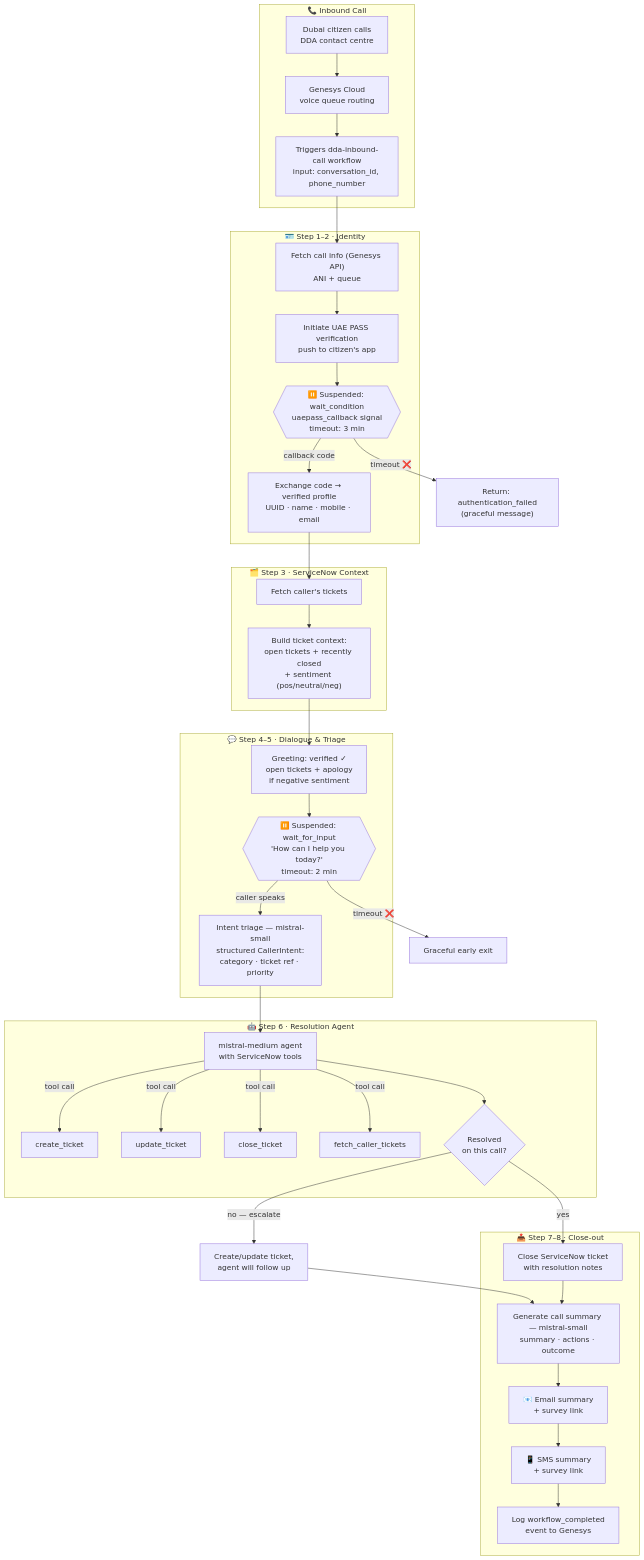
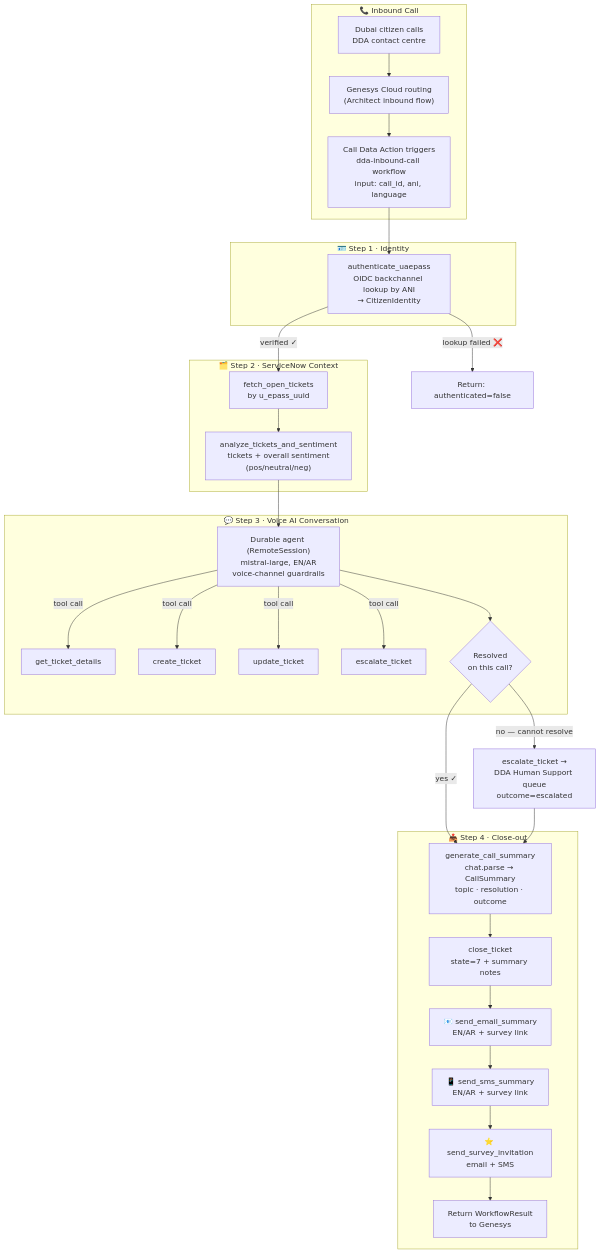
One commit to mohammedkhodr-ux/inbound-call-workflow changed the first of 2 diagrams in docs/workflow-diagram.md. Above: the diagram before and after it, drawn with Mermaid. The commit also changed other lines of this file and 16 other files, not shown here.

First line of the commit message:
Replace with durable RemoteSession implementation: bilingual voice AI, ServiceNow tools, close-out with survey

````diff
--- a/docs/workflow-diagram.md
+++ b/docs/workflow-diagram.md
@@ -5,55 +5,45 @@
 ```mermaid
 flowchart TD
     subgraph ENTRY["📞 Inbound Call"]
         A["Dubai citizen calls<br/>DDA contact centre"]
-        B["Genesys Cloud<br/>voice queue routing"]
-        C["Triggers dda-inbound-call workflow<br/>input: conversation_id, phone_number"]
+        B["Genesys Cloud routing<br/>(Architect inbound flow)"]
+        C["Call Data Action triggers<br/>dda-inbound-call workflow<br/>input: call_id, ani, language"]
     end
 
-    subgraph AUTH["🪪 Step 1–2 · Identity"]
-        D["Fetch call info (Genesys API)<br/>ANI + queue"]
-        E["Initiate UAE PASS verification<br/>push to citizen's app"]
-        F{{"⏸️ Suspended: wait_condition<br/>uaepass_callback signal<br/>timeout: 3 min"}}
-        G["Exchange code → verified profile<br/>UUID · name · mobile · email"]
+    subgraph AUTH["🪪 Step 1 · Identity"]
+        D["authenticate_uaepass<br/>OIDC backchannel lookup by ANI<br/>→ CitizenIdentity"]
     end
 
-    subgraph CONTEXT["🗂️ Step 3 · ServiceNow Context"]
-        H["Fetch caller's tickets"]
-        I["Build ticket context:<br/>open tickets + recently closed<br/>+ sentiment (pos/neutral/neg)"]
+    subgraph CONTEXT["🗂️ Step 2 · ServiceNow Context"]
+        E["fetch_open_tickets<br/>by u_epass_uuid"]
+        F["analyze_tickets_and_sentiment<br/>tickets + overall sentiment<br/>(pos/neutral/neg)"]
     end
 
-    subgraph DIALOGUE["💬 Step 4–5 · Dialogue & Triage"]
-        J["Greeting: verified ✓<br/>open tickets + apology<br/>if negative sentiment"]
-        K{{"⏸️ Suspended: wait_for_input<br/>'How can I help you today?'<br/>timeout: 2 min"}}
-        L["Intent triage — mistral-small<br/>structured CallerIntent:<br/>category · ticket ref · priority"]
+    subgraph DIALOGUE["💬 Step 3 · Voice AI Conversation"]
+        G["Durable agent (RemoteSession)<br/>mistral-large, EN/AR<br/>voice-channel guardrails"]
+        G -->|tool call| G1["get_ticket_details"]
+        G -->|tool call| G2["create_ticket"]
+        G -->|tool call| G3["update_ticket"]
+        G -->|tool call| G4["escalate_ticket"]
+        H{"Resolved<br/>on this call?"}
     end
 
-    subgraph RESOLUTION["🤖 Step 6 · Resolution Agent"]
-        M["mistral-medium agent<br/>with ServiceNow tools"]
-        M -->|tool call| M1["create_ticket"]
-        M -->|tool call| M2["update_ticket"]
-        M -->|tool call| M3["close_ticket"]
-        M -->|tool call| M4["fetch_caller_tickets"]
-        N{"Resolved<br/>on this call?"}
+    subgraph CLOSEOUT["📤 Step 4 · Close-out"]
+        I["generate_call_summary<br/>chat.parse → CallSummary<br/>topic · resolution · outcome"]
+        J["close_ticket<br/>state=7 + summary notes"]
+        K["📧 send_email_summary<br/>EN/AR + survey link"]
+        L["📱 send_sms_summary<br/>EN/AR + survey link"]
+        M["⭐ send_survey_invitation<br/>email + SMS"]
+        N["Return WorkflowResult<br/>to Genesys"]
     end
 
-    subgraph CLOSEOUT["📤 Step 7–8 · Close-out"]
-        O["Generate call summary — mistral-small<br/>summary · actions · outcome"]
-        P["Close ServiceNow ticket<br/>with resolution notes"]
-        Q["📧 Email summary<br/>+ survey link"]
-        R["📱 SMS summary<br/>+ survey link"]
-        S["Log workflow_completed<br/>event to Genesys"]
-    end
+    X1["escalate_ticket →<br/>DDA Human Support queue<br/>outcome=escalated"]
 
-    A --> B --> C --> D --> E --> F
-    F -->|callback code| G
-    F -->|timeout ❌| X1["Return: authentication_failed<br/>(graceful message)"]
-    G --> H --> I --> J --> K
-    K -->|caller speaks| L --> M
-    K -->|timeout ❌| X2["Graceful early exit"]
-    N -->|yes| P
-    N -->|no — escalate| X3["Create/update ticket,<br/>agent will follow up"]
-    M --> N
-    X3 --> O
-    P --> O --> Q --> R --> S
+    A --> B --> C --> D
+    D -->|lookup failed ❌| X2["Return: authenticated=false"]
+    D -->|verified ✓| E --> F --> G
+    G --> H
+    H -->|yes ✓| I --> J --> K --> L --> M --> N
+    H -->|no — cannot resolve| X1
+    X1 --> I
 ```
````
